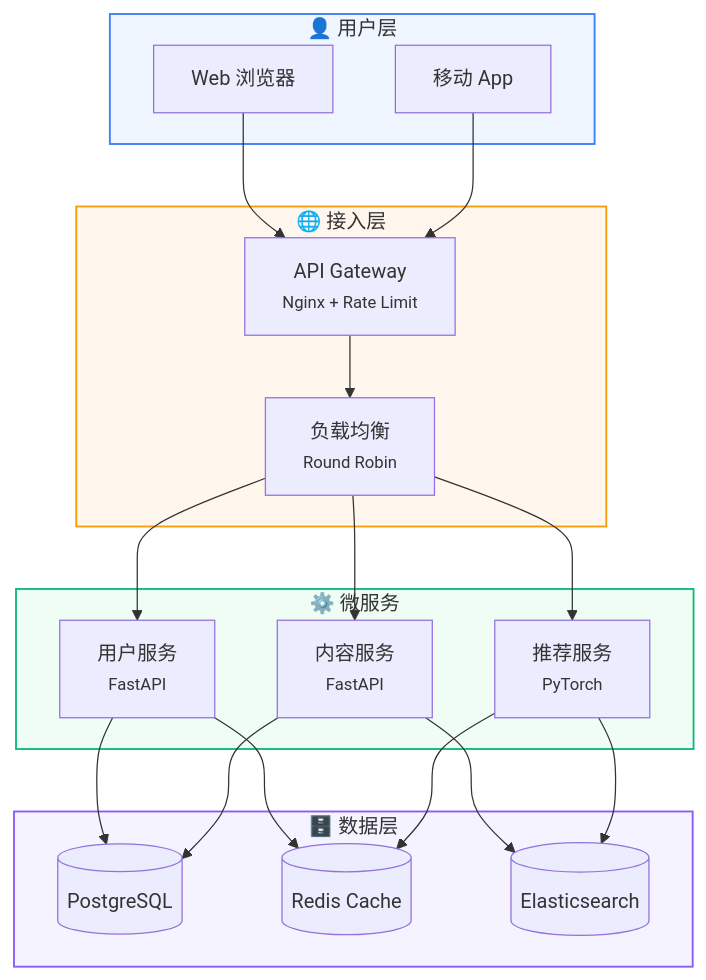
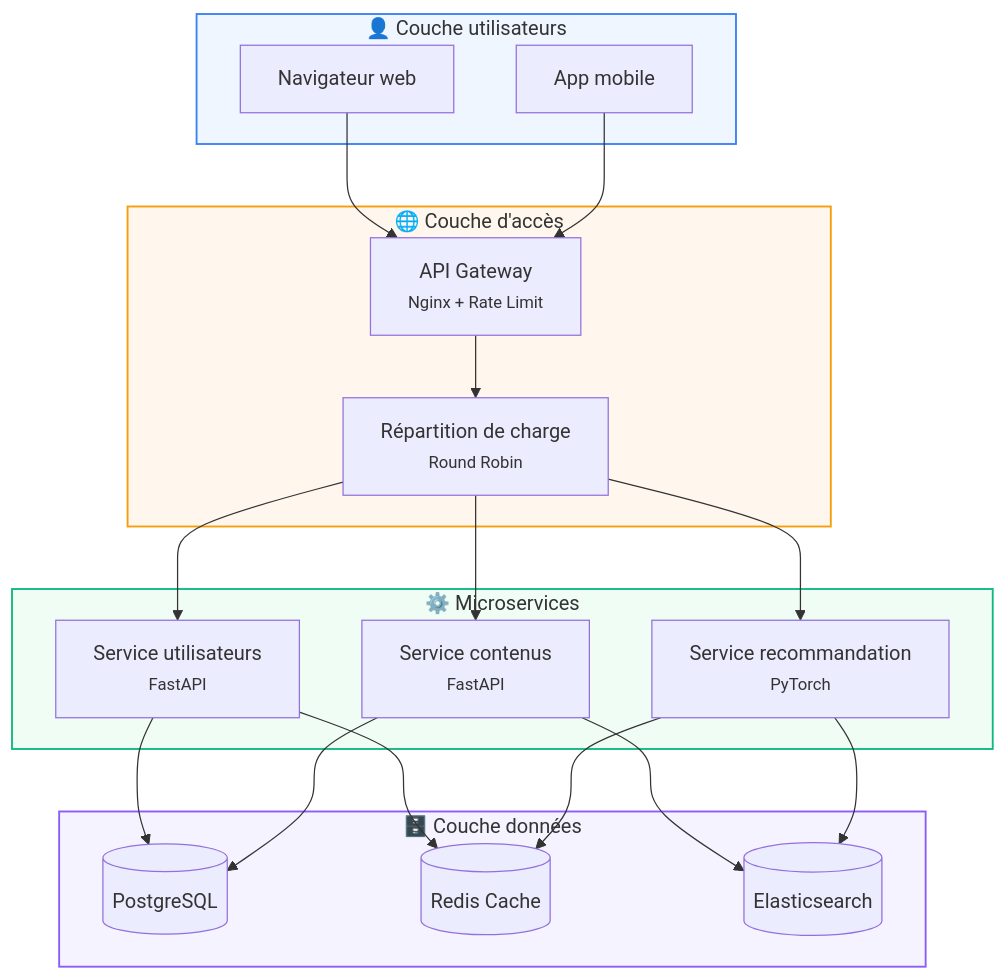
One commit to bigleon2/KNOWLEDGE changed the fourth of 15 diagrams in skills/PM skills/charts/references/mermaid.md. Above: the diagram before and after it, drawn with Mermaid. The commit also changed other lines of this file and 35 other files, not shown here.

````diff
--- a/skills/PM skills/charts/references/mermaid.md
+++ b/skills/PM skills/charts/references/mermaid.md
@@ -333,36 +333,36 @@
 ```mermaid
 flowchart TB
-    subgraph 用户层["👤 用户层"]
-        U1[Web 浏览器]
-        U2[移动 App]
+    subgraph Users["👤 Couche utilisateurs"]
+        U1[Navigateur web]
+        U2[App mobile]
     end
 
-    subgraph 接入层["🌐 接入层"]
+    subgraph Access["🌐 Couche d'accès"]
         GW[API Gateway<br><small>Nginx + Rate Limit</small>]
-        LB[负载均衡<br><small>Round Robin</small>]
+        LB[Répartition de charge<br><small>Round Robin</small>]
     end
 
-    subgraph 服务层["⚙️ 微服务"]
-        S1[用户服务<br><small>FastAPI</small>]
-        S2[内容服务<br><small>FastAPI</small>]
-        S3[推荐服务<br><small>PyTorch</small>]
+    subgraph Services["⚙️ Microservices"]
+        S1[Service utilisateurs<br><small>FastAPI</small>]
+        S2[Service contenus<br><small>FastAPI</small>]
+        S3[Service recommandation<br><small>PyTorch</small>]
     end
 
-    subgraph 数据层["🗄️ 数据层"]
+    subgraph Data["🗄️ Couche données"]
         DB[(PostgreSQL)]
         RD[(Redis Cache)]
         ES[(Elasticsearch)]
     end
 
     U1 & U2 --> GW
     GW --> LB
     LB --> S1 & S2 & S3
     S1 --> DB & RD
     S2 --> DB & ES
     S3 --> RD & ES
 
-    style 用户层 fill:#EFF6FF,stroke:#3B82F6,stroke-width:1.5px
-    style 接入层 fill:#FFF7ED,stroke:#F59E0B,stroke-width:1.5px
-    style 服务层 fill:#F0FDF4,stroke:#10B981,stroke-width:1.5px
-    style 数据层 fill:#F5F3FF,stroke:#8B5CF6,stroke-width:1.5px
+    style Users fill:#EFF6FF,stroke:#3B82F6,stroke-width:1.5px
+    style Access fill:#FFF7ED,stroke:#F59E0B,stroke-width:1.5px
+    style Services fill:#F0FDF4,stroke:#10B981,stroke-width:1.5px
+    style Data fill:#F5F3FF,stroke:#8B5CF6,stroke-width:1.5px
 ```
````
